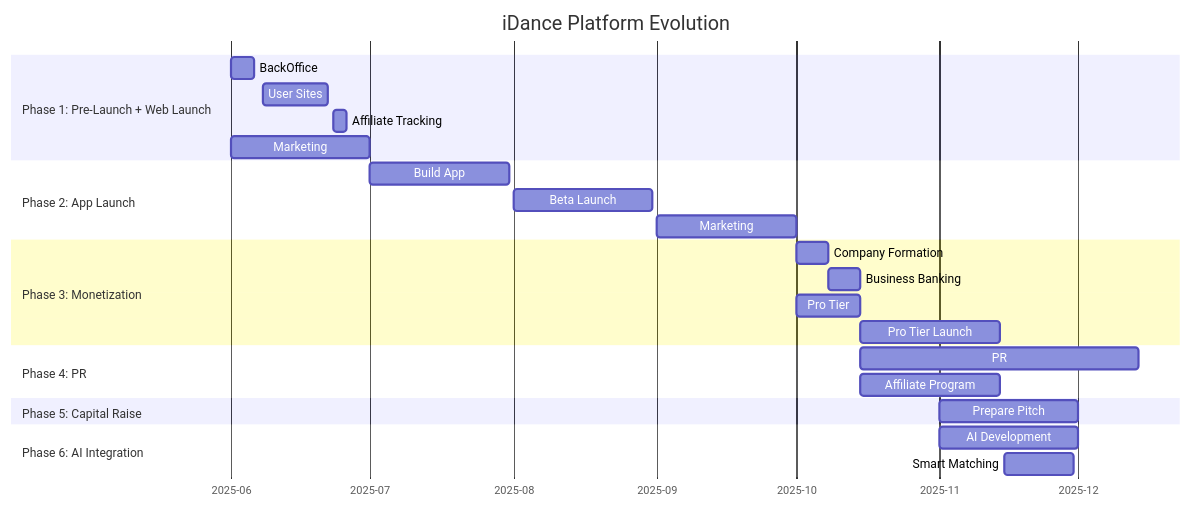
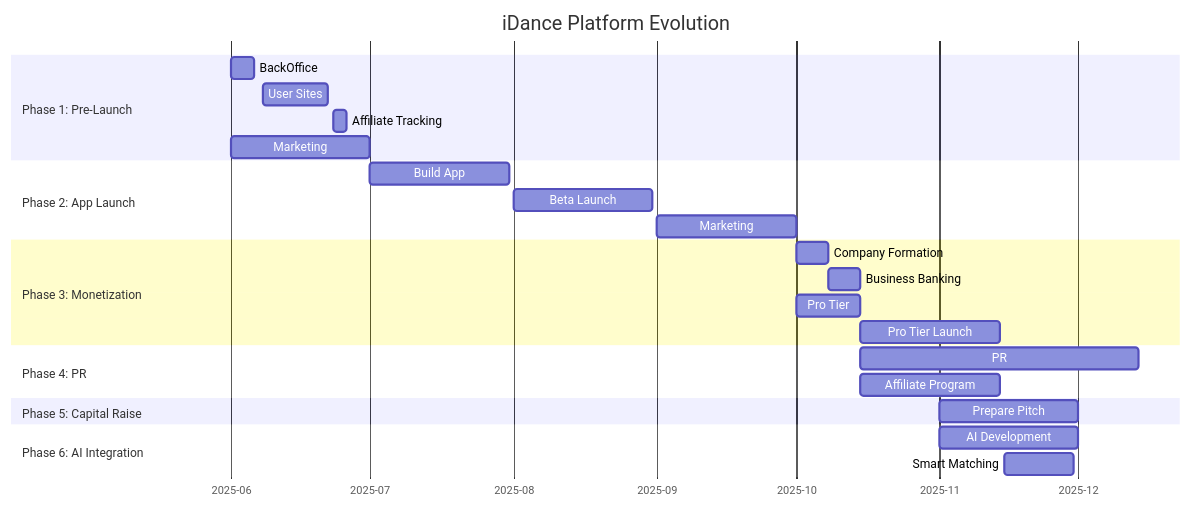
One commit to i-live/idance-backend changed the diagram in roadmap.md. Above: the diagram before and after it, drawn with Mermaid.

Commit message:
roadmap revamped

````diff
--- a/roadmap.md
+++ b/roadmap.md
@@ -5,35 +5,35 @@
 ```mermaid
 gantt
     title iDance Platform Evolution
     dateFormat YYYY-MM-DD
     axisFormat %Y-%m
     %%{ init: { 'gantt': {'leftPadding': 200 } } }%%
 
-    section Phase 1: Pre-Launch + Web Launch
+    section Phase 1: Pre-Launch
     BackOffice         :2025-06-01, 5d
     User Sites         :2025-06-08, 14d
     Affiliate Tracking :2025-06-23, 3d
     Marketing         :2025-06-01, 30d
 
     section Phase 2: App Launch
     Build App         :2025-07-01, 30d
     Beta Launch       :2025-08-01, 30d
     Marketing         :2025-09-01, 30d
 
     section Phase 3: Monetization
     Company Formation :2025-10-01, 7d
     Business Banking  :2025-10-08, 7d
     Pro Tier         :2025-10-01, 14d
     Pro Tier Launch  :2025-10-15, 30d
 
     section Phase 4: PR
     PR               :2025-10-15, 60d
     Affiliate Program:2025-10-15, 30d
 
     section Phase 5: Capital Raise
     Prepare Pitch    :2025-11-01, 30d
 
     section Phase 6: AI Integration
     AI Development   :2025-11-01, 30d
     Smart Matching   :2025-11-15, 15d
 ```
````
